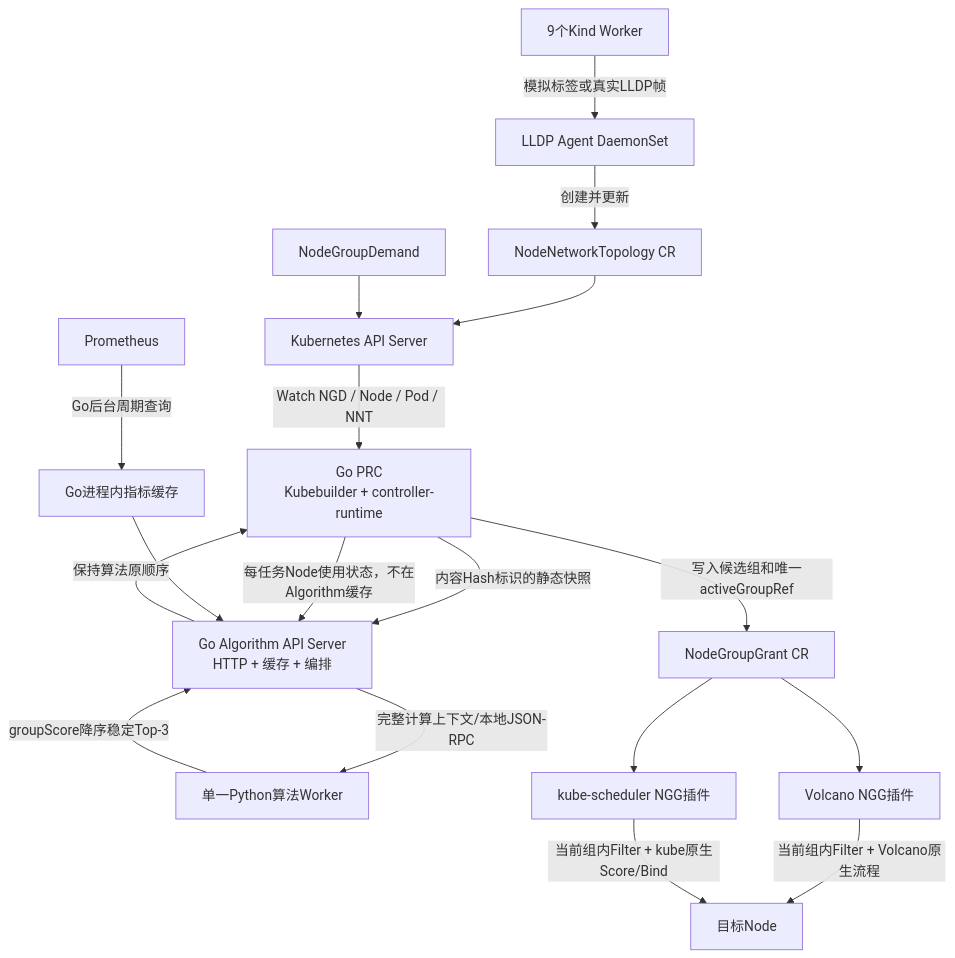
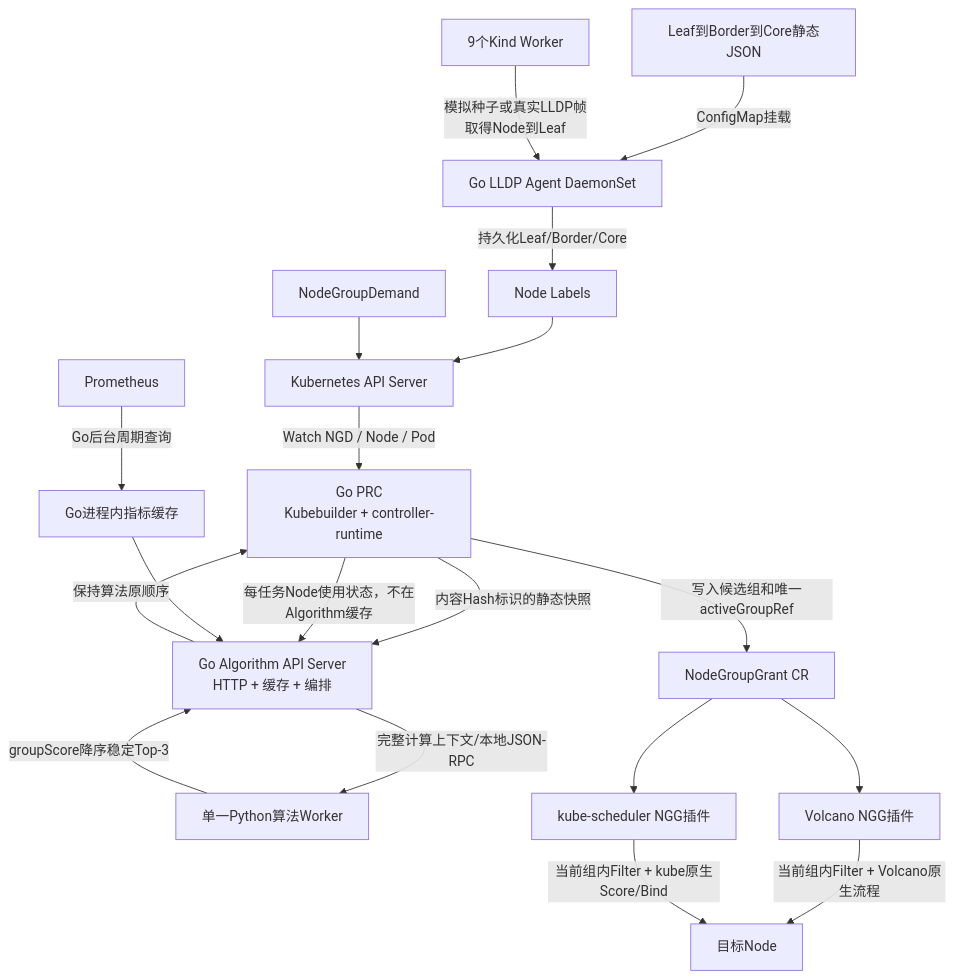
The diagram in README.md (ghwdsl-38/ngd-ngg-scheduling), drawn with Mermaid before and after one commit. The commit also changed other lines of this file and 23 other files, not shown here.

Commit message:
feat: persist Go LLDP topology in node labels

````diff
--- a/README.md
+++ b/README.md
@@ -13,20 +13,21 @@
 ```mermaid
 flowchart TB
-    NODE[9个Kind Worker] -->|模拟标签或真实LLDP帧| LLDP[LLDP Agent DaemonSet]
-    LLDP -->|创建并更新| NNT[NodeNetworkTopology CR]
-    KAPI[Kubernetes API Server] -->|Watch NGD / Node / Pod / NNT| PRC[Go PRC<br/>Kubebuilder + controller-runtime]
-    NNT --> KAPI
+    STATIC[Leaf到Border到Core静态JSON] -->|ConfigMap挂载| LLDP[Go LLDP Agent DaemonSet]
+    NODE[9个Kind Worker] -->|模拟种子或真实LLDP帧<br/>取得Node到Leaf| LLDP
+    LLDP -->|持久化Leaf/Border/Core| LABEL[Node Labels]
+    LABEL --> KAPI[Kubernetes API Server]
+    KAPI -->|Watch NGD / Node / Pod| PRC[Go PRC<br/>Kubebuilder + controller-runtime]
     NGD[NodeGroupDemand] --> KAPI
     PRC -->|内容Hash标识的静态快照| ALG[Go Algorithm API Server<br/>HTTP + 缓存 + 编排]
     PRC -->|每任务Node使用状态，不在Algorithm缓存| ALG
     PROM[Prometheus] -->|Go后台周期查询| CACHE[Go进程内指标缓存]
     CACHE --> ALG
     ALG -->|完整计算上下文/本地JSON-RPC| PY[单一Python算法Worker]
     PY -->|groupScore降序稳定Top-3| ALG
     ALG -->|保持算法原顺序| PRC
     PRC -->|写入候选组和唯一activeGroupRef| NGG[NodeGroupGrant CR]
     NGG --> V[Volcano NGG插件]
     NGG --> K[kube-scheduler NGG插件]
     V -->|当前组内Filter + Volcano原生流程| TARGET[目标Node]
     K -->|当前组内Filter + kube原生Score/Bind| TARGET
 ```
````
